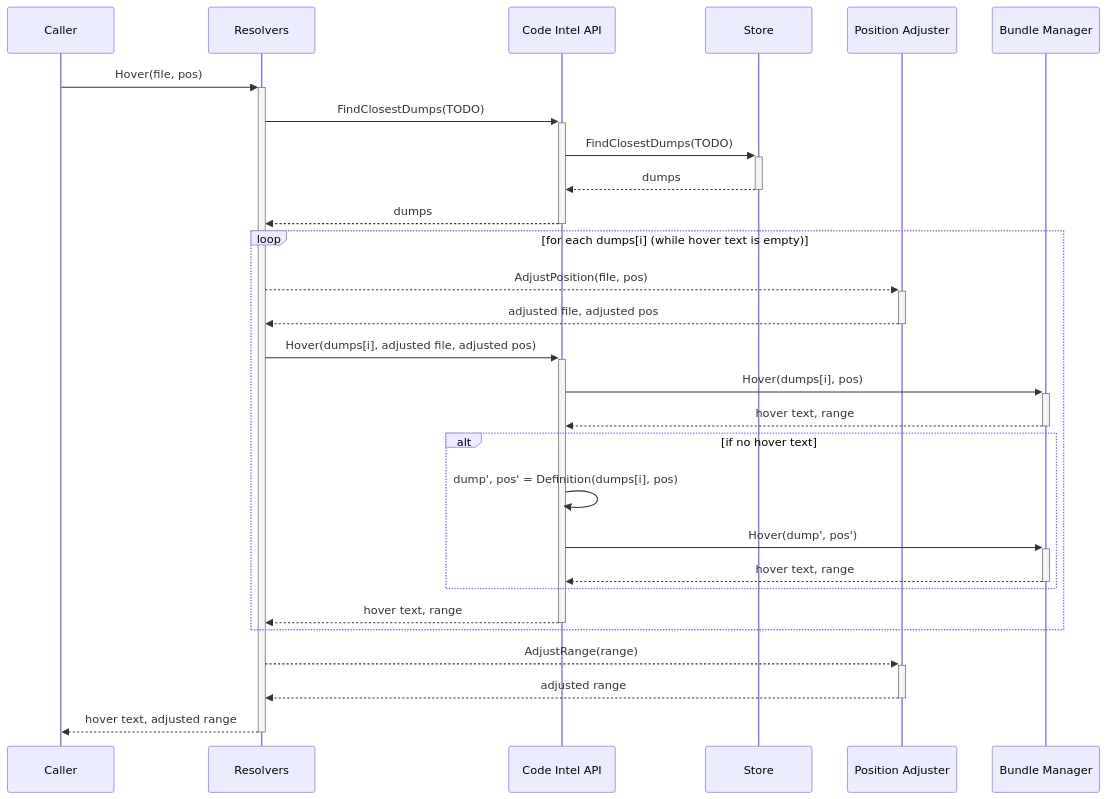
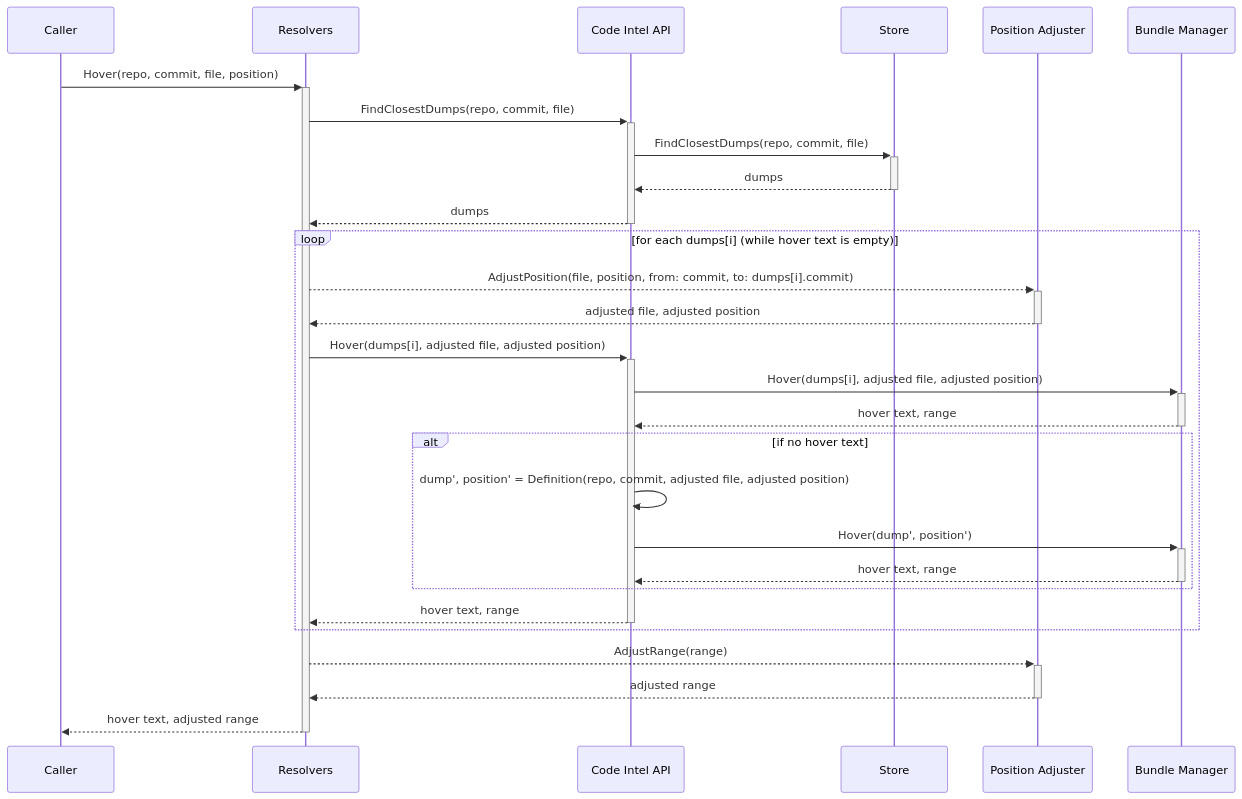
One commit to Mistobaan/sourcegraph changed the diagram in doc/dev/codeintel/diagrams/hover.mermaid. Above: the diagram before and after it, drawn with Mermaid. The commit also changed 13 other files, not shown here.

```diff
--- a/doc/dev/codeintel/diagrams/hover.mermaid
+++ b/doc/dev/codeintel/diagrams/hover.mermaid
@@ -1,26 +1,26 @@
 sequenceDiagram
-  Caller          ->>+ Resolvers: Hover(file, pos)
-  Resolvers       ->>+ Code Intel API: FindClosestDumps(TODO)
-  Code Intel API  ->>+ Store: FindClosestDumps(TODO)
+  Caller          ->>+ Resolvers: Hover(repo, commit, file, position)
+  Resolvers       ->>+ Code Intel API: FindClosestDumps(repo, commit, file)
+  Code Intel API  ->>+ Store: FindClosestDumps(repo, commit, file)
   Store          -->>- Code Intel API: dumps
   Code Intel API -->>- Resolvers: dumps
 
   loop for each dumps[i] (while hover text is empty)
-    Resolvers         -->>+ Position Adjuster: AdjustPosition(file, pos)
-    Position Adjuster -->>- Resolvers: adjusted file, adjusted pos
-    Resolvers          ->>+ Code Intel API: Hover(dumps[i], adjusted file, adjusted pos)
-    Code Intel API     ->>+ Bundle Manager: Hover(dumps[i], pos)
+    Resolvers         -->>+ Position Adjuster: AdjustPosition(file, position, from: commit, to: dumps[i].commit)
+    Position Adjuster -->>- Resolvers: adjusted file, adjusted position
+    Resolvers          ->>+ Code Intel API: Hover(dumps[i], adjusted file, adjusted position)
+    Code Intel API     ->>+ Bundle Manager: Hover(dumps[i], adjusted file, adjusted position)
     Bundle Manager    -->>- Code Intel API: hover text, range
 
     alt if no hover text
-      Code Intel API  ->>  Code Intel API: dump', pos' = Definition(dumps[i], pos)
-      Code Intel API  ->>+ Bundle Manager: Hover(dump', pos')
+      Code Intel API  ->>  Code Intel API: dump', position' = Definition(repo, commit, adjusted file, adjusted position)
+      Code Intel API  ->>+ Bundle Manager: Hover(dump', position')
       Bundle Manager -->>- Code Intel API: hover text, range
     end
 
     Code Intel API -->>- Resolvers: hover text, range
   end
 
   Resolvers         -->>+ Position Adjuster: AdjustRange(range)
   Position Adjuster -->>- Resolvers: adjusted range
   Resolvers         -->>- Caller: hover text, adjusted range
```
